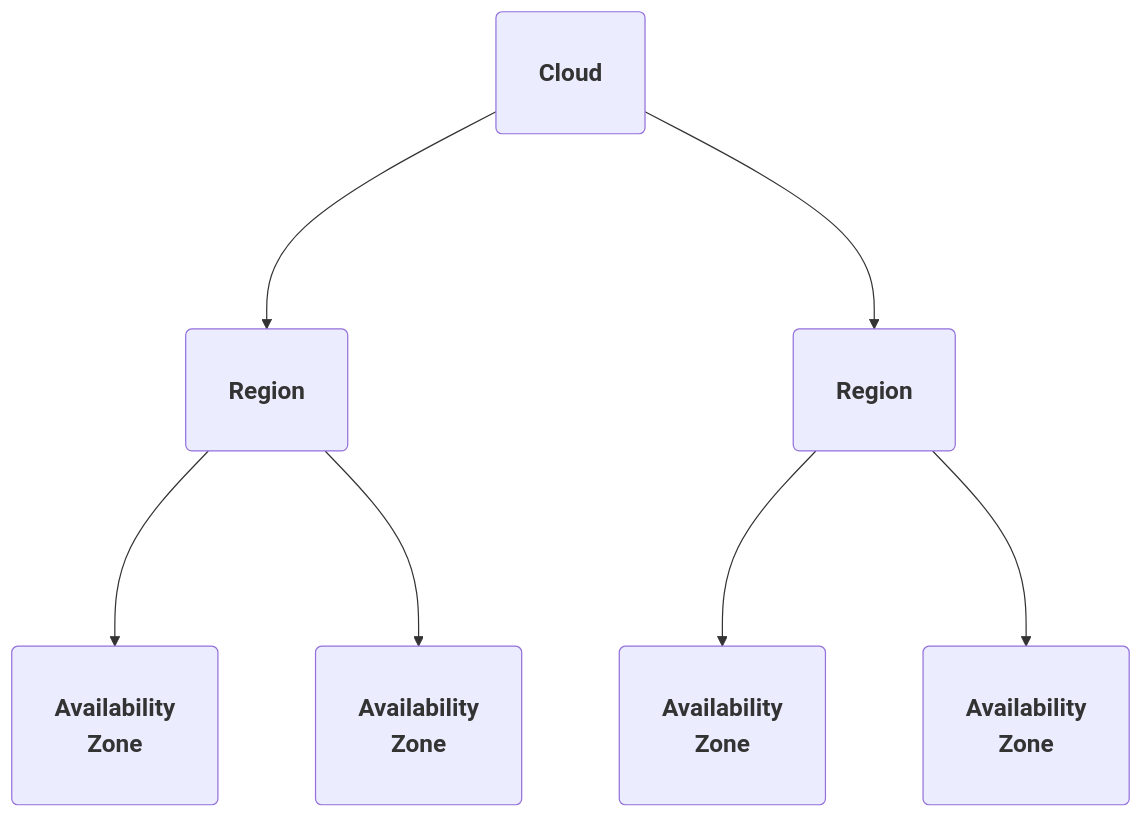
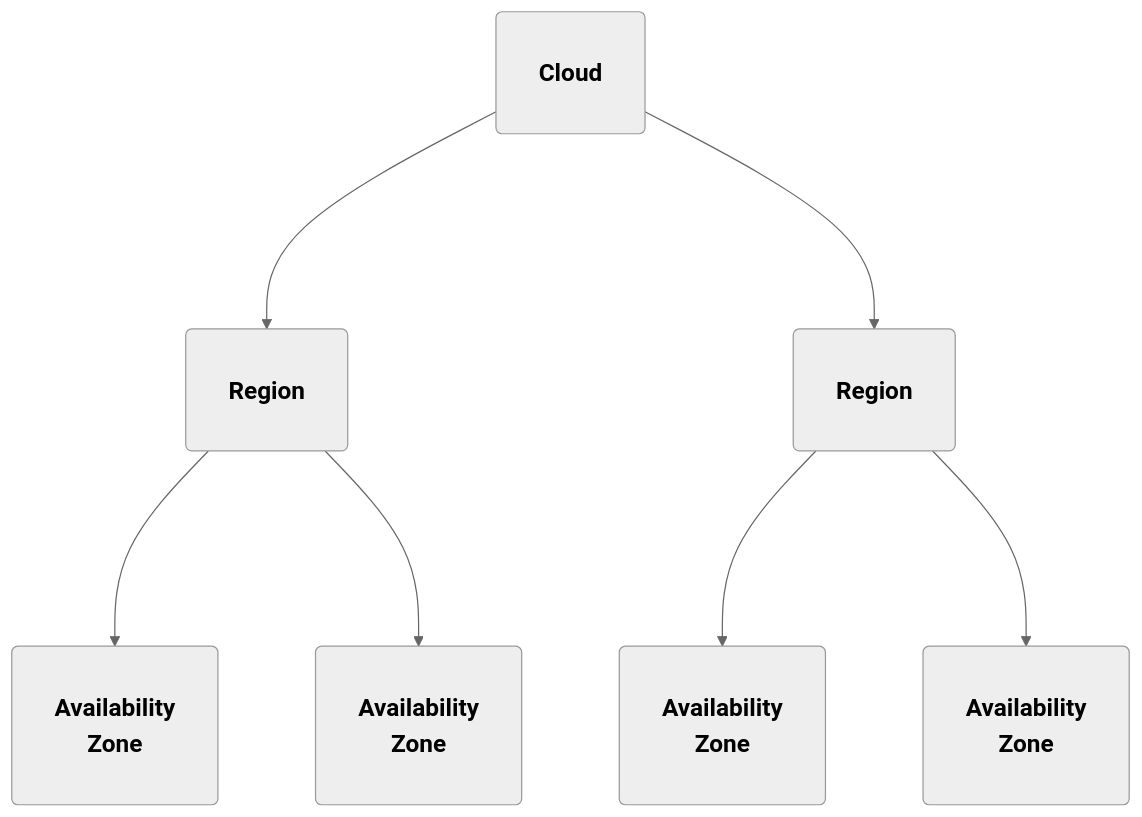
The diagram in docs/content/design-guide/cloud-design/topology.md (OpenStackKen/genestack), drawn with Mermaid before and after one commit. The commit also changed 4 other files, not shown here.

Commit message:
Mermaid normalization changes

````diff
--- a/docs/content/design-guide/cloud-design/topology.md
+++ b/docs/content/design-guide/cloud-design/topology.md
@@ -17,35 +17,37 @@
 ```mermaid
-%%{ init: { "theme": "default",
-            'themeVariables': {
-            "fontSize": "20px"
-             },
-            "flowchart": { "curve": "basis", 
-            "nodeSpacing": 80, 
-            "rankSpacing": 160
-             } } }%%
+---
+config:
+  theme: neutral
+  themeVariables:
+    fontSize: 20px
+  flowchart:
+    curve: basis
+    nodeSpacing: 80
+    rankSpacing: 160
+---
 flowchart TD
 
 %% Node Defs
     CLD(<div style="padding: 1em; font-weight:bold">Cloud</div>)
    
     REG1(<div style="padding: 1em; font-weight:bold">Region</div>)
 
     REG2(<div style="padding: 1em; font-weight:bold">Region</div>)
 
     AZ11(<div style="padding: 1em; font-weight:bold">Availability</BR>Zone</div>)
 
     AZ12(<div style="padding: 1em; font-weight:bold">Availability</BR>Zone</div>)
 
     AZ21(<div style="padding: 1em; font-weight:bold">Availability</BR>Zone</div>)
 
     AZ22(<div style="padding: 1em; font-weight:bold">Availability</BR>Zone</div>)
 
 %% Diagram Layout
 
     CLD --> REG1
     CLD --> REG2
     REG1 --> AZ11
     REG1 --> AZ12
     REG2 --> AZ21
     REG2 --> AZ22
 ```
````
